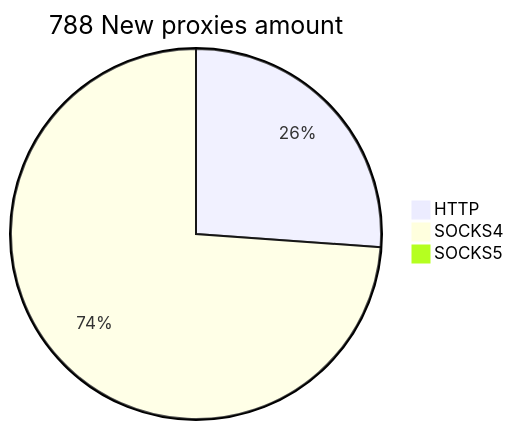
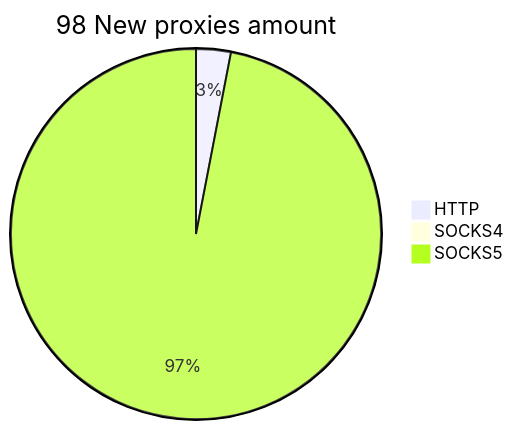
One commit to cutipu/proxylist changed the second of 2 diagrams in README.md. Above: the diagram before and after it, drawn with Mermaid. The commit also changed other lines of this file, not shown here.

````diff
--- a/README.md
+++ b/README.md
@@ -10,6 +10,6 @@
 ```mermaid
-pie title 788 New proxies amount
-    "HTTP" : 206
-    "SOCKS4" : 582
-    "SOCKS5" : 0
+pie title 98 New proxies amount
+    "HTTP" : 3
+    "SOCKS4" : 0
+    "SOCKS5" : 96
 ```
````
